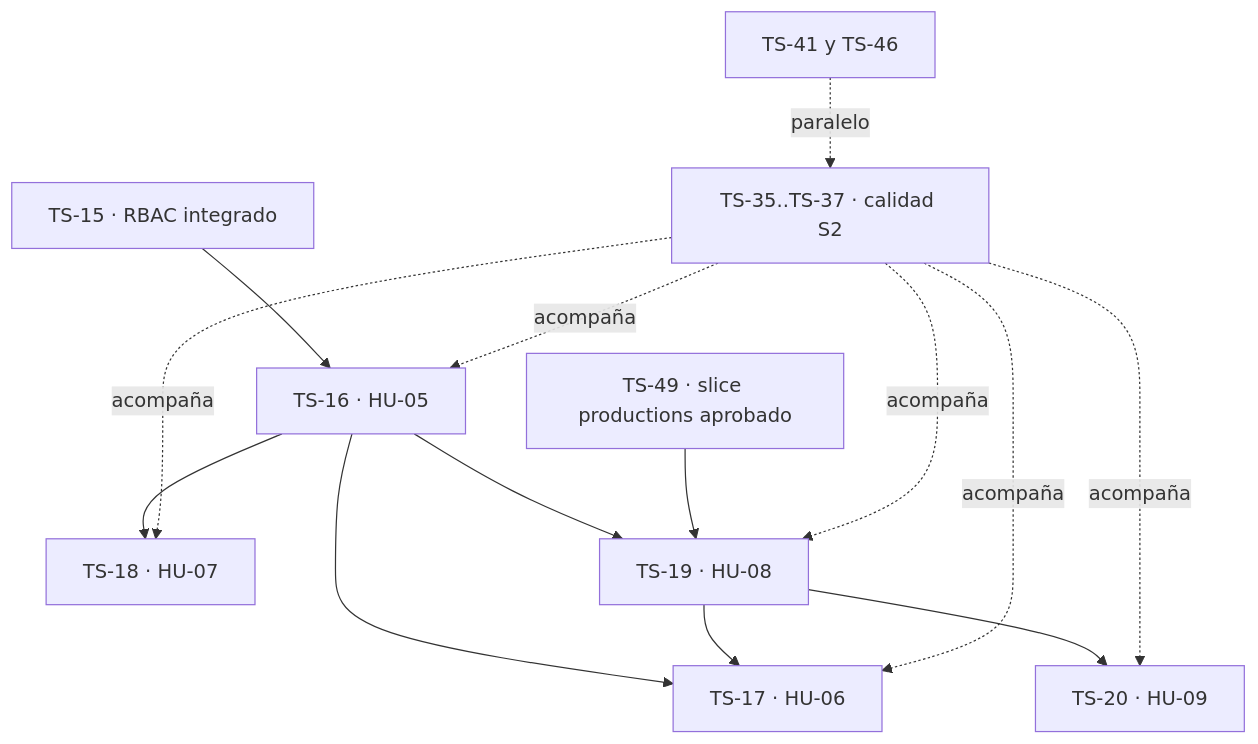
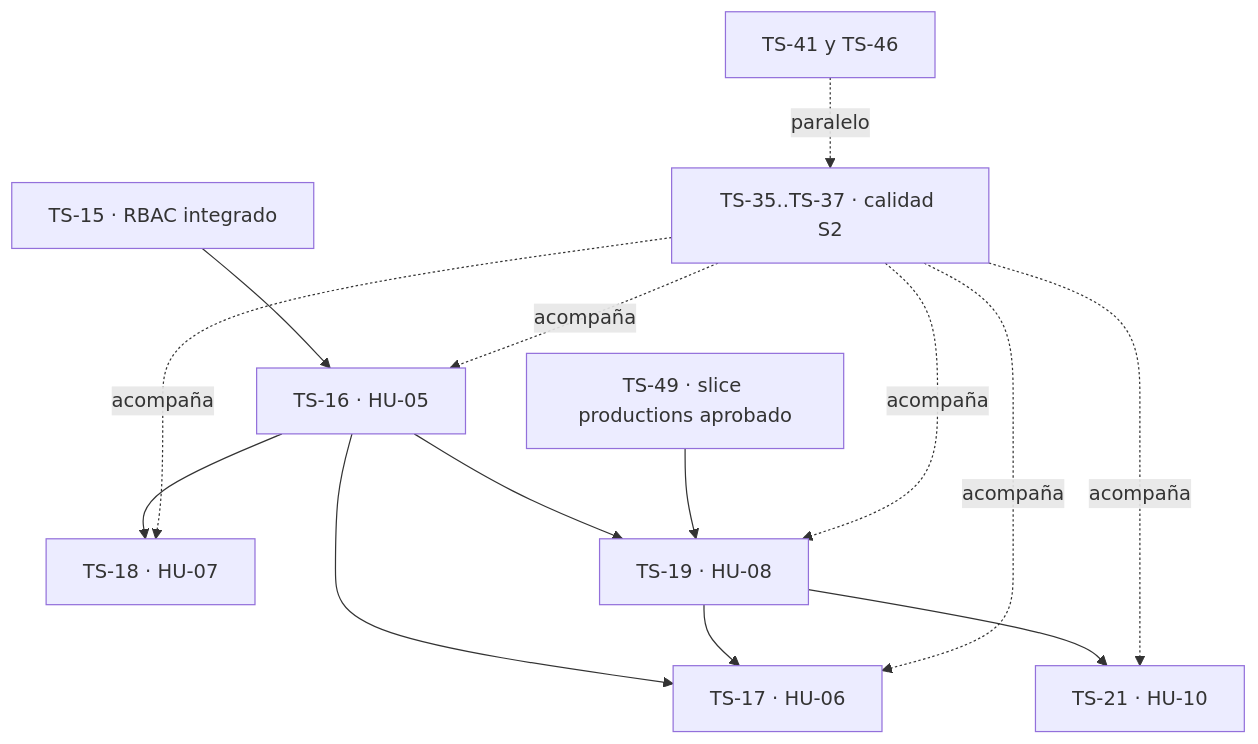
Before and after one commit to Bastian2704/trackstudio-demo: the diagram in docs/backlog/sprints/sprint-02.md, drawn with Mermaid. The commit also changed other lines of this file and 4 other files, not shown here.

````diff
--- a/docs/backlog/sprints/sprint-02.md
+++ b/docs/backlog/sprints/sprint-02.md
@@ -43,16 +43,16 @@
 ```mermaid
 flowchart TD
     A["TS-15 · RBAC integrado"] --> B["TS-16 · HU-05"]
     B --> C["TS-18 · HU-07"]
     B --> D["TS-19 · HU-08"]
     E["TS-49 · slice productions aprobado"] --> D
-    D --> F["TS-20 · HU-09"]
+    D --> F["TS-21 · HU-10"]
     B --> G["TS-17 · HU-06"]
     D --> G
     Q["TS-35..TS-37 · calidad S2"] -. acompaña .-> B
     Q -. acompaña .-> C
     Q -. acompaña .-> D
     Q -. acompaña .-> F
     Q -. acompaña .-> G
     H["TS-41 y TS-46"] -. paralelo .-> Q
 ```
````
